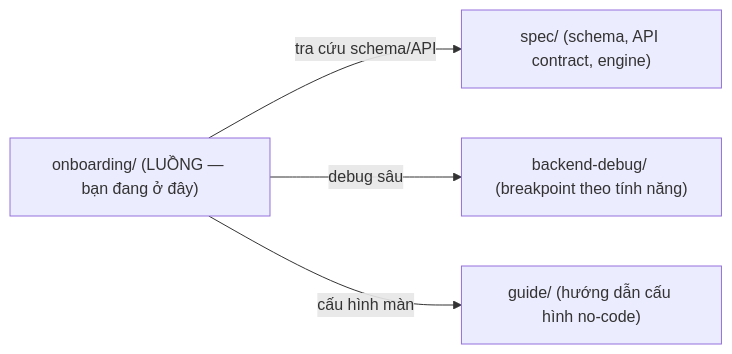
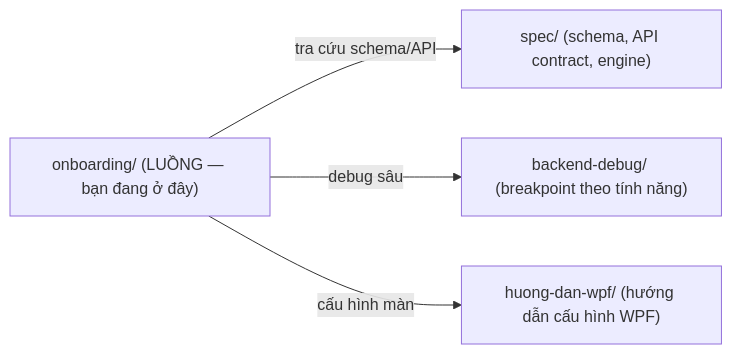
Before and after one commit to Mackeno113/ICare247_Core: the diagram in docs/codes/README.md, drawn with Mermaid. The commit also changed 13 other files, not shown here.

First line of the commit message:
docs(wpf): thêm hướng dẫn LookupBox + gom guide WPF vào docs/huong-dan-wpf

````diff
--- a/docs/codes/README.md
+++ b/docs/codes/README.md
@@ -30,10 +30,10 @@
 ```mermaid
 flowchart LR
   ONB["onboarding/ (LUỒNG — bạn đang ở đây)"]
   SPEC["spec/ (schema, API contract, engine)"]
   DBG["backend-debug/ (breakpoint theo tính năng)"]
-  GUIDE["guide/ (hướng dẫn cấu hình no-code)"]
+  GUIDE["huong-dan-wpf/ (hướng dẫn cấu hình WPF)"]
   ONB -->|tra cứu schema/API| SPEC
   ONB -->|debug sâu| DBG
   ONB -->|cấu hình màn| GUIDE
 ```
````
